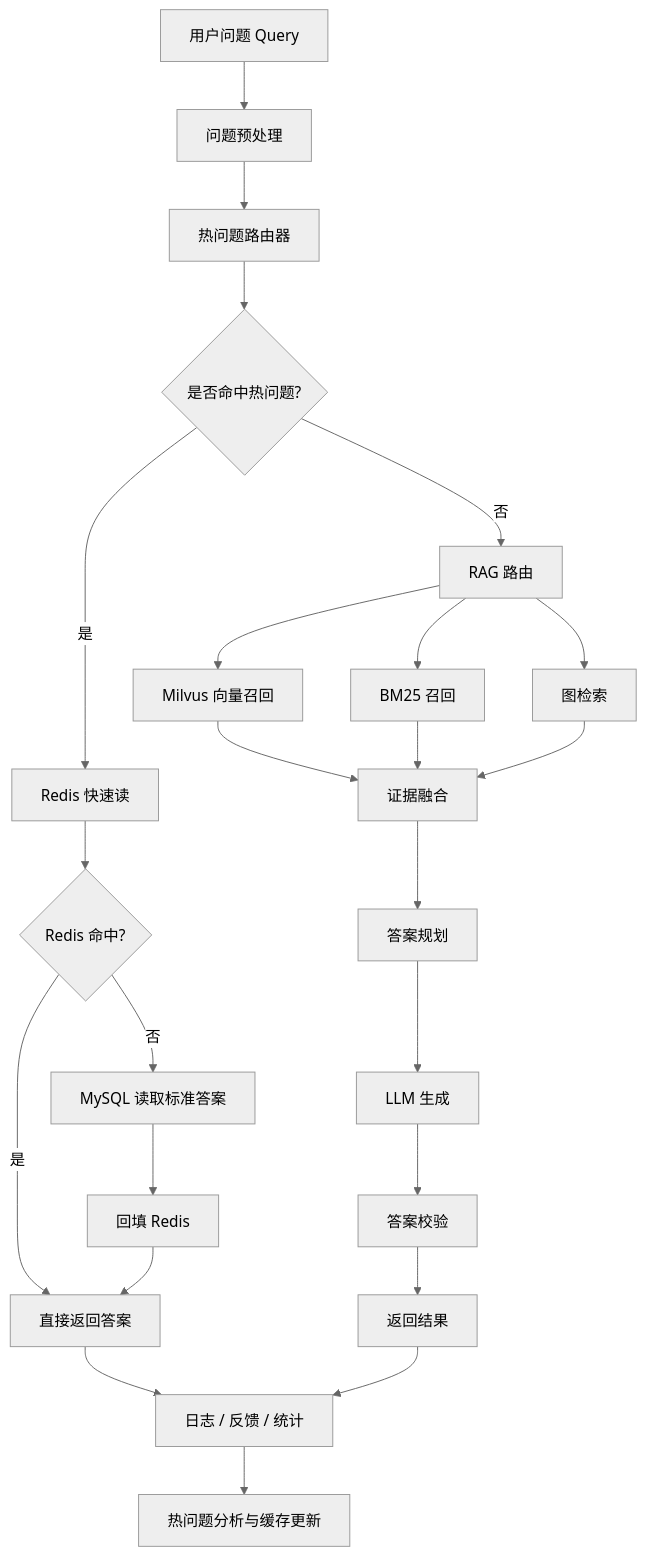
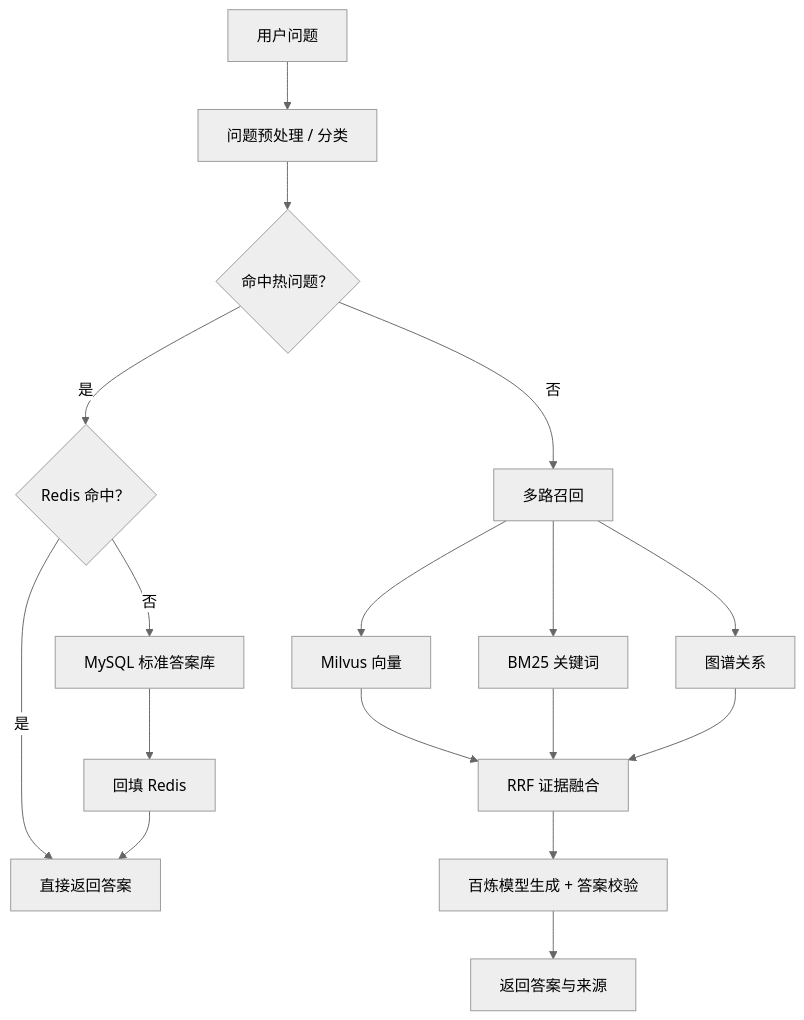
Before and after one commit to small-wenshuo/McGraphRAG: the diagram in README.md, drawn with Mermaid (neutral theme). The commit also changed other lines of this file, not shown here.

````diff
--- a/README.md
+++ b/README.md
@@ -16,30 +21,19 @@
 ```mermaid
 flowchart TD
-    A[用户问题 Query] --> B[问题预处理]
-    B --> C[热问题路由器]
-    
-    C --> D{是否命中热问题?}
-    
-    D -- 是 --> E[Redis 快速读]
-    E --> F{Redis 命中?}
-    F -- 是 --> G[直接返回答案]
-    F -- 否 --> H[MySQL 读取标准答案]
-    H --> I[回填 Redis]
-    I --> G
-    
-    D -- 否 --> J[RAG 路由]
-    J --> K[Milvus 向量召回]
-    J --> L[BM25 召回]
-    J --> M[图检索]
-    K --> N[证据融合]
-    L --> N
-    M --> N
-    N --> O[答案规划]
-    O --> P[LLM 生成]
-    P --> Q[答案校验]
-    Q --> R[返回结果]
-    
-    G --> S[日志 / 反馈 / 统计]
-    R --> S
-    S --> T[热问题分析与缓存更新]
+    Q["用户问题"] --> P["问题预处理 / 分类"]
+    P --> D{"命中热问题？"}
+    D -->|"是"| R{"Redis 命中？"}
+    R -->|"是"| ANS["直接返回答案"]
+    R -->|"否"| MY["MySQL 标准答案库"]
+    MY --> BACK["回填 Redis"]
+    BACK --> ANS
+    D -->|"否"| REC["多路召回"]
+    REC --> V["Milvus 向量"]
+    REC --> B["BM25 关键词"]
+    REC --> G["图谱关系"]
+    V --> F["RRF 证据融合"]
+    B --> F
+    G --> F
+    F --> GEN["百炼模型生成 + 答案校验"]
+    GEN --> OUT["返回答案与来源"]
 ```
````
